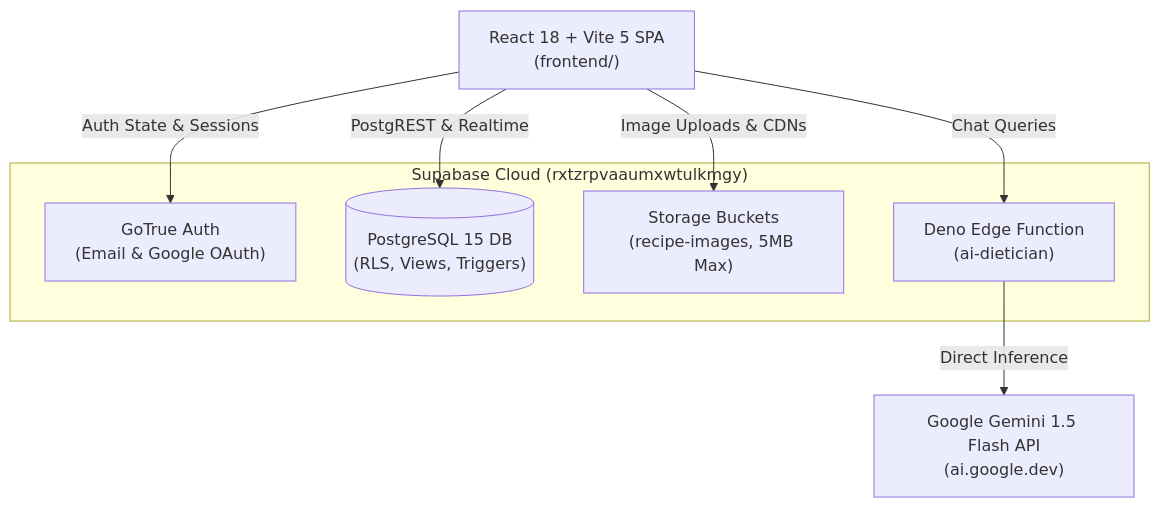
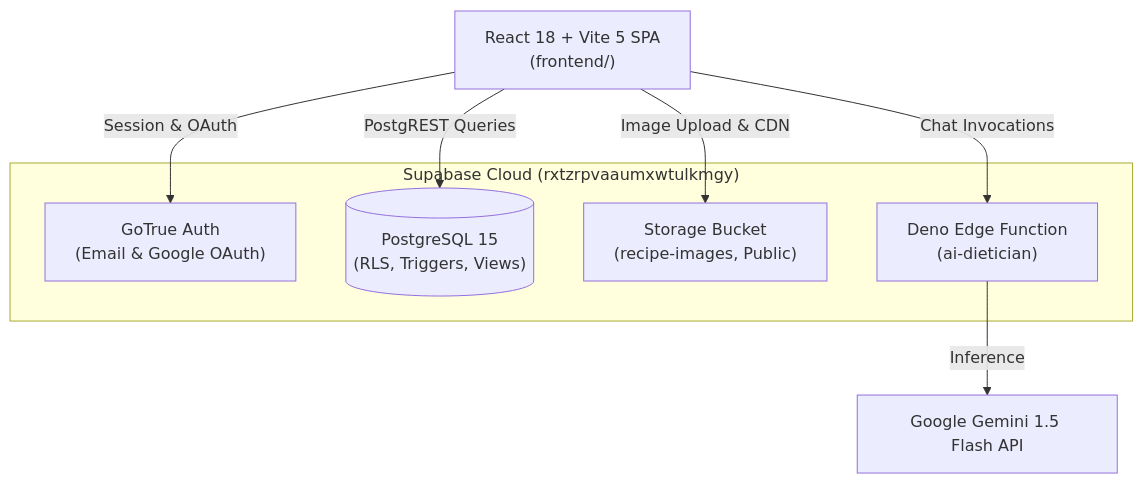
The second of 2 diagrams in README.md (sahilsingh682/SwadBook), drawn with Mermaid before and after one commit. The commit also changed other lines of this file and 5 other files, not shown here.

````diff
--- a/README.md
+++ b/README.md
@@ -168,19 +158,19 @@
 ```mermaid
 graph TD
     Client["React 18 + Vite 5 SPA\n(frontend/)"]
-    
+
     subgraph Supabase ["Supabase Cloud (rxtzrpvaaumxwtulkmgy)"]
         Auth["GoTrue Auth\n(Email & Google OAuth)"]
-        Postgres[("PostgreSQL 15 DB\n(RLS, Views, Triggers)")]
-        Storage["Storage Buckets\n(recipe-images, 5MB Max)"]
+        Postgres[("PostgreSQL 15\n(RLS, Triggers, Views)")]
+        Storage["Storage Bucket\n(recipe-images, Public)"]
         EdgeFn["Deno Edge Function\n(ai-dietician)"]
     end
-    
-    Gemini["Google Gemini 1.5 Flash API\n(ai.google.dev)"]
 
-    Client -->|Auth State & Sessions| Auth
-    Client -->|PostgREST & Realtime| Postgres
-    Client -->|Image Uploads & CDNs| Storage
-    Client -->|Chat Queries| EdgeFn
-    EdgeFn -->|Direct Inference| Gemini
+    Gemini["Google Gemini 1.5 Flash API"]
+
+    Client -->|Session & OAuth| Auth
+    Client -->|PostgREST Queries| Postgres
+    Client -->|Image Upload & CDN| Storage
+    Client -->|Chat Invocations| EdgeFn
+    EdgeFn -->|Inference| Gemini
 ```
````
